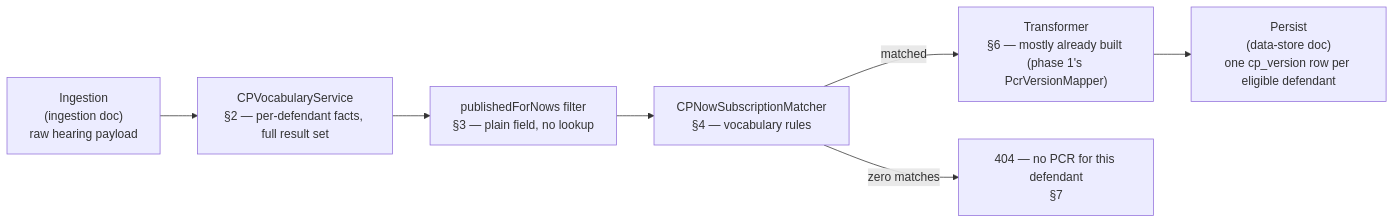
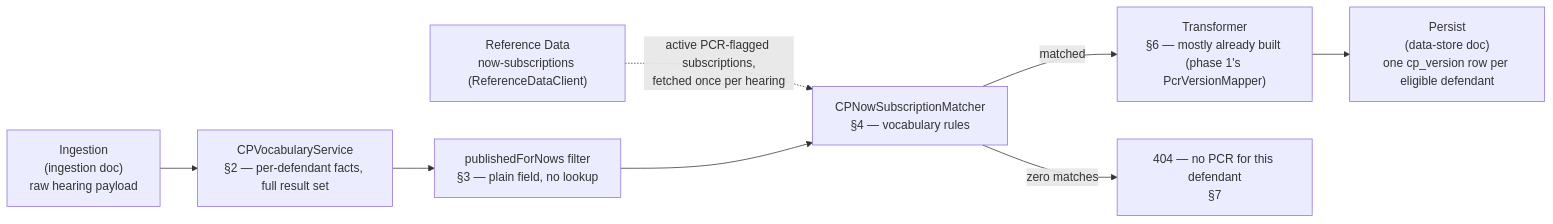
Before and after one commit to hmcts/service-cp-crime-results-pcr: the diagram in docs/designs/2026-07-22-pcr-generation-gate-design.md, drawn with Mermaid. The commit also changed other lines of this file and 11 other files, not shown here.

````diff
--- a/docs/designs/2026-07-22-pcr-generation-gate-design.md
+++ b/docs/designs/2026-07-22-pcr-generation-gate-design.md
@@ -92,9 +94,10 @@
 ```mermaid
 flowchart LR
+    RefData["Reference Data<br/>now-subscriptions (ReferenceDataClient)"] -.->|"active PCR-flagged subscriptions,<br/>fetched once per hearing"| Gate
     Ingestion["Ingestion<br/>(ingestion doc)<br/>raw hearing payload"] --> Vocab["CPVocabularyService<br/>§2 — per-defendant facts, full result set"]
     Vocab --> Filter["publishedForNows filter<br/>§3 — plain field, no lookup"]
     Filter --> Gate["CPNowSubscriptionMatcher<br/>§4 — vocabulary rules"]
     Gate -->|"matched"| Transform["Transformer<br/>§6 — mostly already built (phase 1's PcrVersionMapper)"]
     Gate -->|"zero matches"| NoPcr["404 — no PCR for this defendant<br/>§7"]
     Transform --> Persist["Persist<br/>(data-store doc)<br/>one cp_version row per eligible defendant"]
 ```
````
